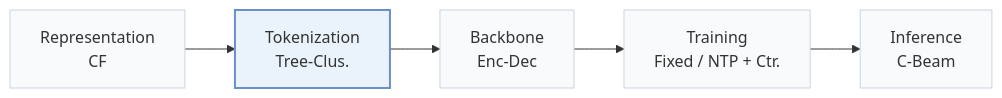
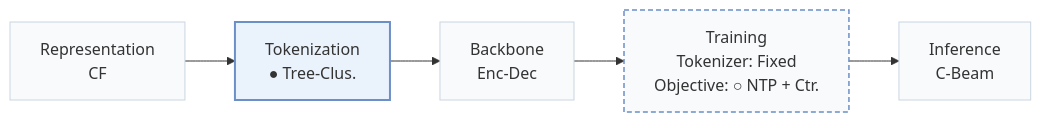
Before and after one commit to Galaxy-ghost/Awesome-SID-Generative-Rec: the first of 2 diagrams in pages/papers/seater.md, drawn with Mermaid. The commit also changed other lines of this file and 558 other files, not shown here.

````diff
--- a/pages/papers/seater.md
+++ b/pages/papers/seater.md
@@ -15,8 +18,10 @@
 ```mermaid
 flowchart LR
-    R["Representation<br/>CF"] --> T["Tokenization<br/>Tree-Clus."] --> B["Backbone<br/>Enc-Dec"] --> TR["Training<br/>Fixed / NTP + Ctr."] --> I["Inference<br/>C-Beam"]
+    R["Representation<br/>CF"] --> T["Tokenization<br/>● Tree-Clus."] --> B["Backbone<br/>Enc-Dec"] --> TR["Training<br/>Tokenizer: Fixed<br/>Objective: ○ NTP + Ctr."] --> I["Inference<br/>C-Beam"]
     classDef base fill:#f8fafc,stroke:#cbd5e1
     class R,T,B,TR,I base
+    classDef other fill:#f8fafc,stroke:#6b8fc7,stroke-width:1.5px,stroke-dasharray:5 3
+    class TR other
     classDef main fill:#eaf2fb,stroke:#6b8fc7,stroke-width:2px
     class T main
 ```
````
